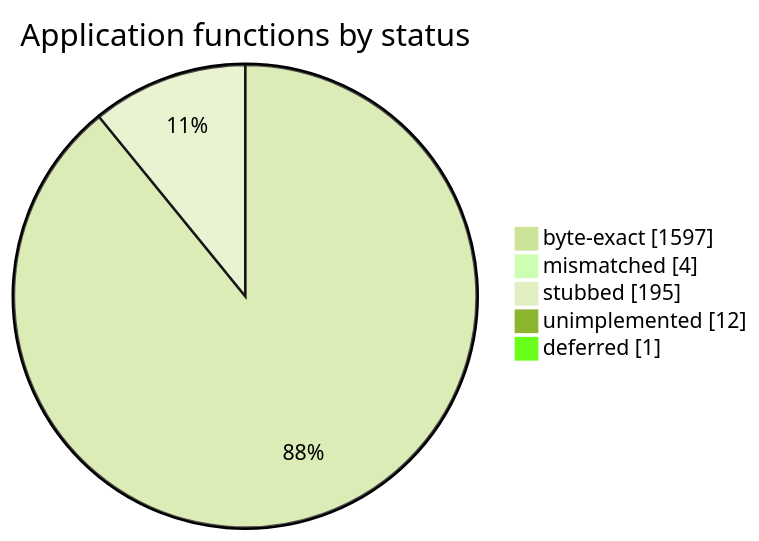
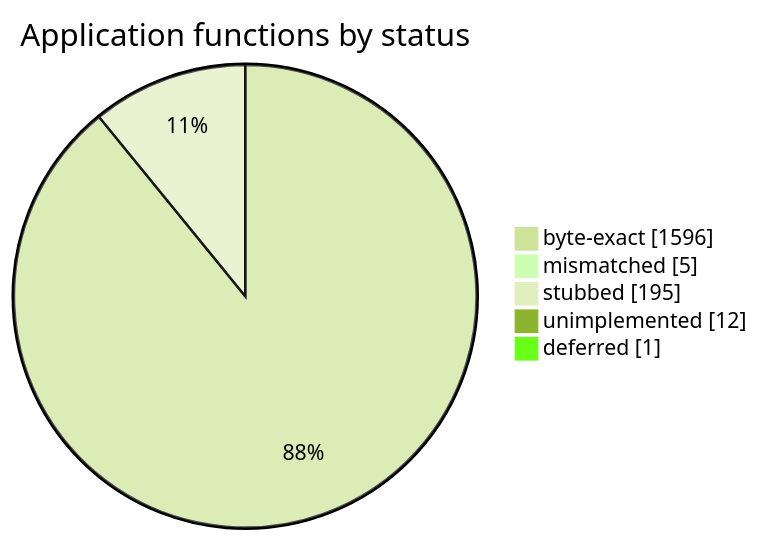
Before and after one commit to sorokya/eos: the diagram in README.md, drawn with Mermaid (forest theme). The commit also changed other lines of this file and 2 other files, not shown here.

Commit message:
Packets: four iterator helpers byte-exact; wrong return type, not a codegen mystery
Reference (analysis/target/disasm.txt:95488):
    push ebp / mov ebp,esp / mov eax,[ebp+8] / mov eax,[eax+4] / pop ebp / ret
One load of the container's field. The source wrote
`return *(void ***)((char *)p + 0x04);` -- a `void***` cast is a DOUBLE deref,
so two loads. The functions return a pointer value, so the type is `void *` with
a single `*(void **)` (matching the reference's two loads). The call sites
already cast the result to `Npc **` / `ChestItem **`, so nothing else changes;
Walk_BuildReply stays 414/414. `GroundItemPtrVector_Count` is never called (the
linker drops it) but its pointer subtraction needed byte casts now that the
helpers return `void *`.

Map_NpcIter_Begin/End and GroundItemPtrVector_Begin/PtrVector_GetEnd: 6/6
instructions, 0 mismatched, 4 mismatched rows -> byte-exact.

````diff
--- a/README.md
+++ b/README.md
@@ -152,9 +152,9 @@
 ```mermaid
 pie showData
     title Application functions by status
-    "byte-exact" : 1597
-    "mismatched" : 4
+    "byte-exact" : 1596
+    "mismatched" : 5
     "stubbed" : 195
     "unimplemented" : 12
     "deferred" : 1
 ```
````
